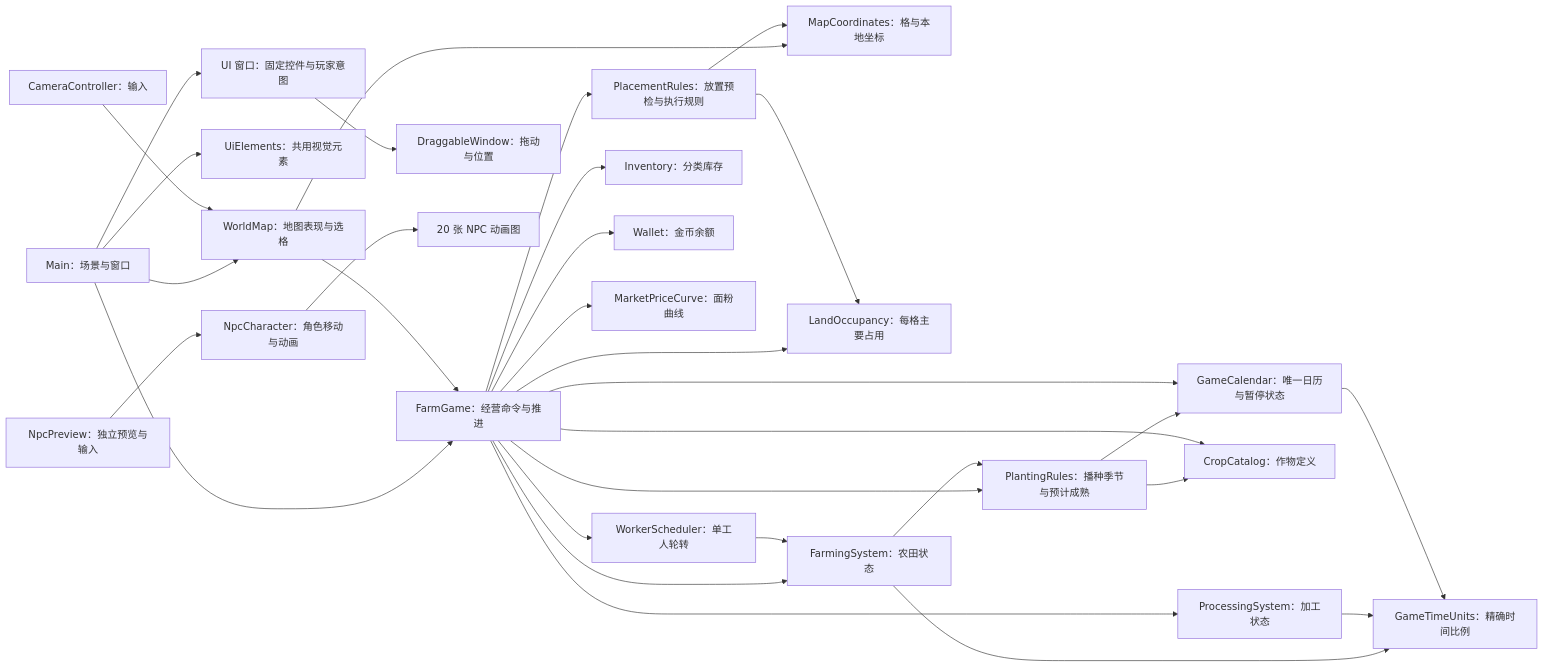
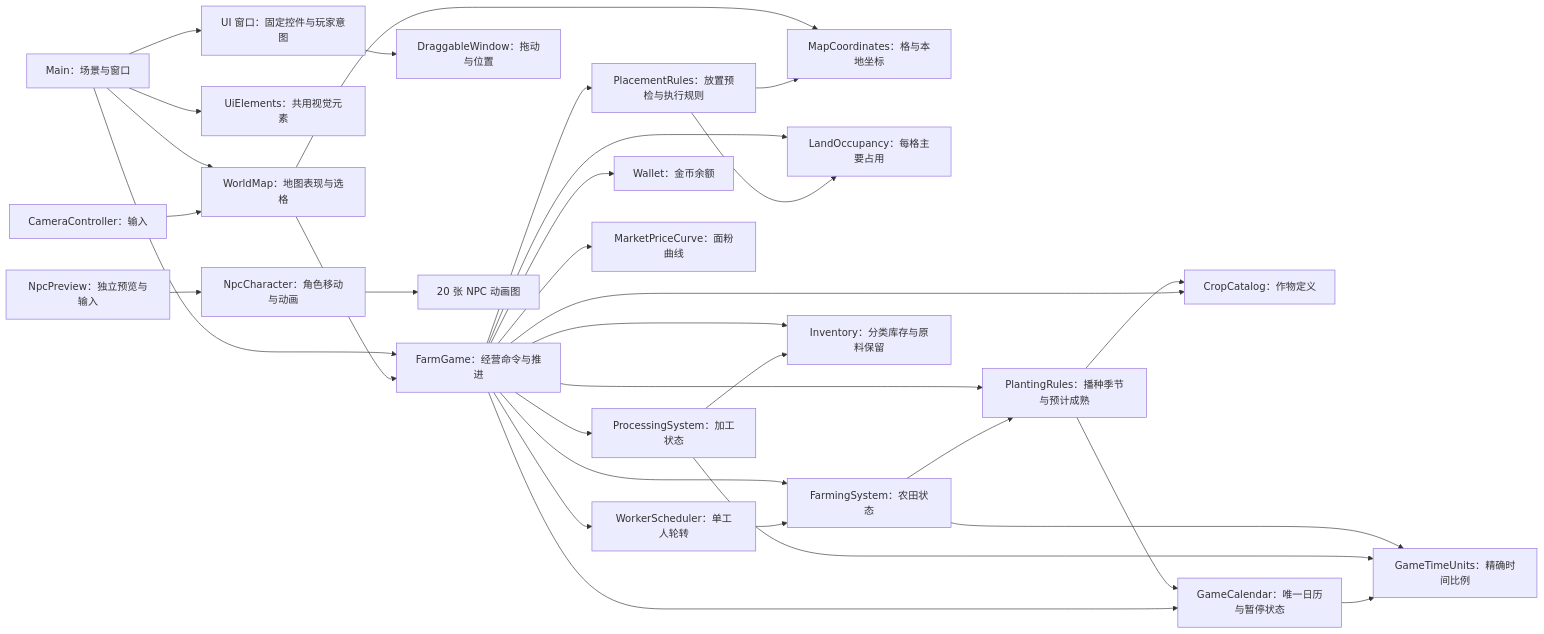
The diagram in docs/architecture/implementation-system-organization.md (Fotally/Farm-Exchange), drawn with Mermaid before and after one commit. The commit also changed other lines of this file and 30 other files, not shown here.

````diff
--- a/docs/architecture/implementation-system-organization.md
+++ b/docs/architecture/implementation-system-organization.md
@@ -5,33 +5,34 @@
 ```mermaid
 flowchart LR
     Main[Main：场景与窗口] --> FarmGame[FarmGame：经营命令与推进]
     Main --> UiWindows[UI 窗口：固定控件与玩家意图]
     UiWindows --> DragWindow[DraggableWindow：拖动与位置]
     Main --> UiStyle[UiElements：共用视觉元素]
     Main --> WorldMap[WorldMap：地图表现与选格]
     Camera[CameraController：输入] --> WorldMap
     WorldMap --> MapCoordinates[MapCoordinates：格与本地坐标]
     WorldMap --> FarmGame
     FarmGame --> LandOccupancy[LandOccupancy：每格主要占用]
     FarmGame --> PlacementRules[PlacementRules：放置预检与执行规则]
     PlacementRules --> LandOccupancy
     PlacementRules --> MapCoordinates
     FarmGame --> FarmingSystem[FarmingSystem：农田状态]
     FarmGame --> PlantingRules[PlantingRules：播种季节与预计成熟]
     FarmGame --> ProcessingSystem[ProcessingSystem：加工状态]
     FarmGame --> WorkerScheduler[WorkerScheduler：单工人轮转]
     WorkerScheduler --> FarmingSystem
     FarmingSystem --> PlantingRules
     PlantingRules --> CropCatalog
     PlantingRules --> GameCalendar
     FarmGame --> CropCatalog[CropCatalog：作物定义]
-    FarmGame --> Inventory[Inventory：分类库存]
+    FarmGame --> Inventory[Inventory：分类库存与原料保留]
+    ProcessingSystem --> Inventory
     FarmGame --> Wallet[Wallet：金币余额]
     FarmGame --> Market[MarketPriceCurve：面粉曲线]
     FarmGame --> GameCalendar[GameCalendar：唯一日历与暂停状态]
     FarmingSystem --> GameTimeUnits[GameTimeUnits：精确时间比例]
     ProcessingSystem --> GameTimeUnits
     GameCalendar --> GameTimeUnits
     NpcPreview[NpcPreview：独立预览与输入] --> NpcCharacter[NpcCharacter：角色移动与动画]
     NpcCharacter --> NpcSheets[20 张 NPC 动画图]
 ```
````
